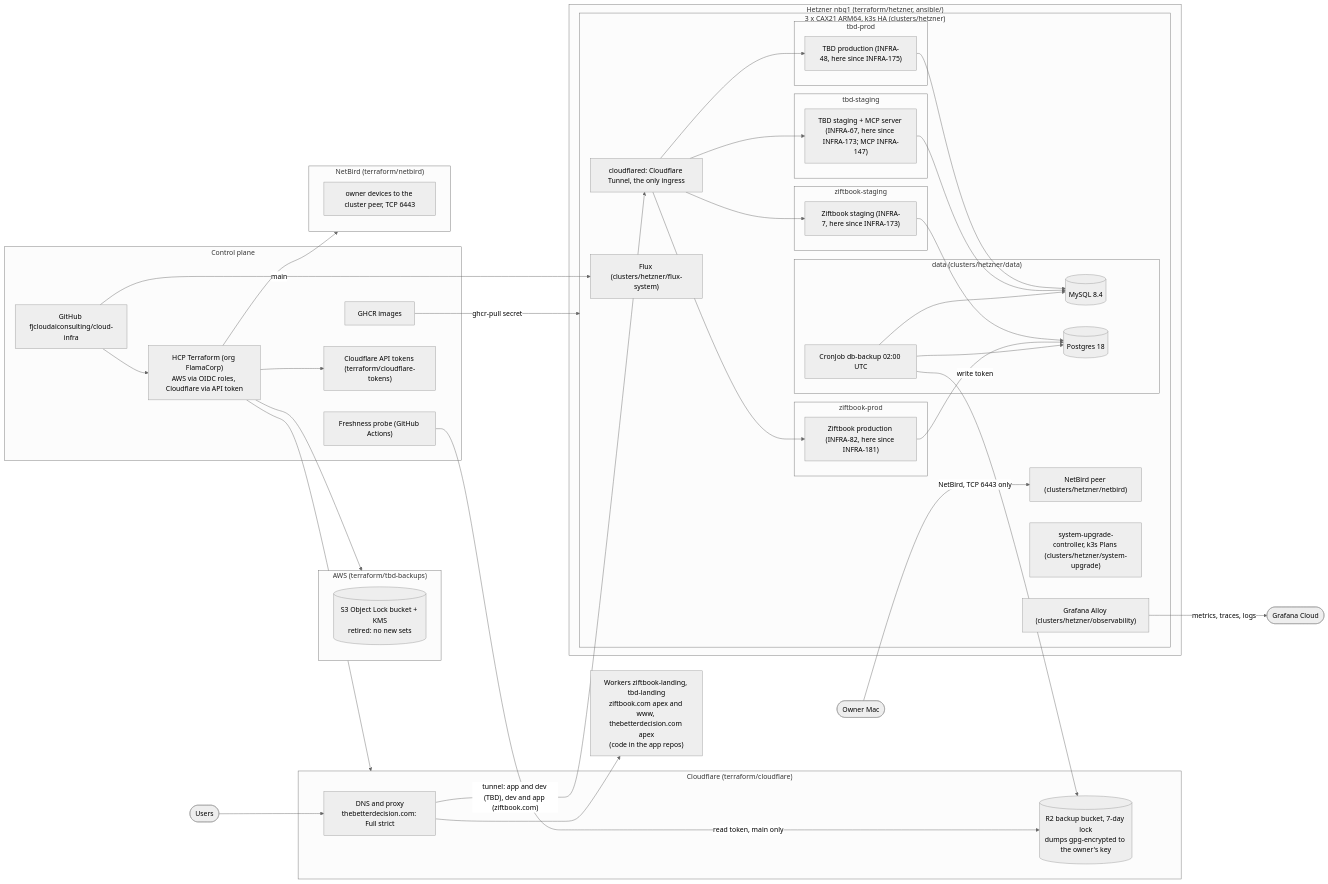
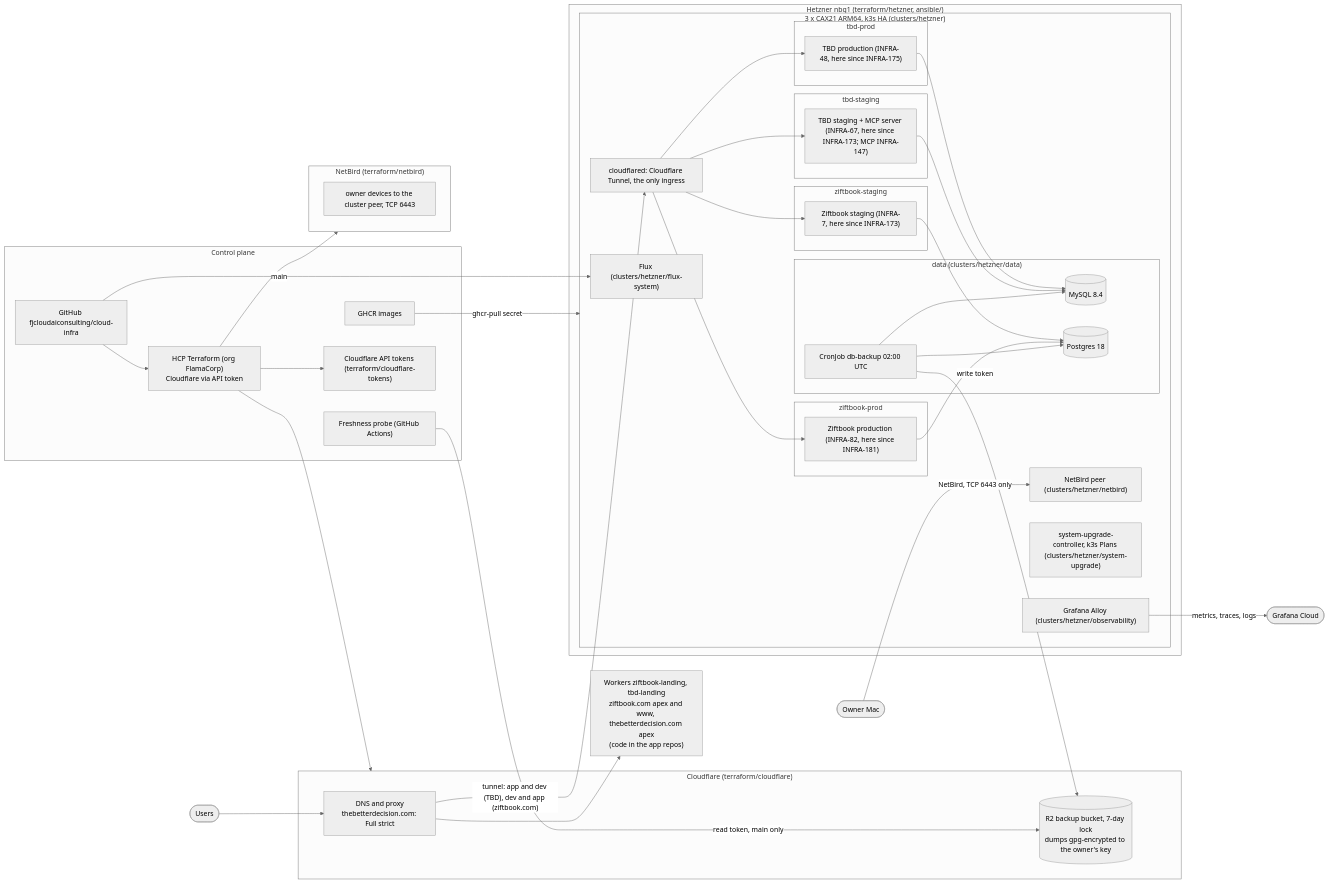
The diagram in docs/architecture.md (fjcloudaiconsulting/cloud-infra), drawn with Mermaid (neutral theme) before and after one commit. The commit also changed other lines of this file and 30 other files, not shown here.

````diff
--- a/docs/architecture.md
+++ b/docs/architecture.md
@@ -8,64 +8,61 @@
 ```mermaid
 flowchart LR
   user([Users]) --> cf
 
   subgraph cloudflare["Cloudflare (terraform/cloudflare)"]
     cf["DNS and proxy<br/>thebetterdecision.com: Full strict"]
     r2[("R2 backup bucket, 7-day lock<br/>dumps gpg-encrypted to the owner's key")]
   end
   worker["Workers ziftbook-landing, tbd-landing<br/>ziftbook.com apex and www, thebetterdecision.com apex<br/>(code in the app repos)"]
   cf --> worker
 
   subgraph hetzner["Hetzner nbg1 (terraform/hetzner, ansible/)"]
     subgraph hk3s["3 x CAX21 ARM64, k3s HA (clusters/hetzner)"]
       cfd["cloudflared: Cloudflare Tunnel, the only ingress"]
       flux["Flux (clusters/hetzner/flux-system)"]
       netbird["NetBird peer (clusters/hetzner/netbird)"]
       alloy["Grafana Alloy (clusters/hetzner/observability)"]
       suc["system-upgrade-controller, k3s Plans (clusters/hetzner/system-upgrade)"]
       subgraph ns_tbdp["tbd-prod"]
         tbdprod["TBD production (INFRA-48, here since INFRA-175)"]
       end
       subgraph ns_tbds["tbd-staging"]
         tbdstg["TBD staging + MCP server (INFRA-67, here since INFRA-173; MCP INFRA-147)"]
       end
       subgraph ns_zif["ziftbook-staging"]
         zifapp["Ziftbook staging (INFRA-7, here since INFRA-173)"]
       end
       subgraph ns_zifp["ziftbook-prod"]
         zifprod["Ziftbook production (INFRA-82, here since INFRA-181)"]
       end
       subgraph hdata["data (clusters/hetzner/data)"]
         hmysql[("MySQL 8.4")]
         hpostgres[("Postgres 18")]
         hbackup["CronJob db-backup 02:00 UTC"]
       end
     end
   end
   cf -->|"tunnel: app and dev (TBD), dev and app (ziftbook.com)"| cfd --> tbdprod & tbdstg & zifapp & zifprod
   tbdprod & tbdstg --> hmysql
   zifapp & zifprod --> hpostgres
   hbackup --> hmysql & hpostgres
 
-  subgraph aws_backups["AWS (terraform/tbd-backups)"]
-    bucket[("S3 Object Lock bucket + KMS<br/>retired: no new sets")]
-  end
   hbackup -->|"write token"| r2
   alloy -->|"metrics, traces, logs"| grafana(["Grafana Cloud"])
   probe -->|"read token, main only"| r2
 
   subgraph control["Control plane"]
     gh["GitHub fjcloudaiconsulting/cloud-infra"]
-    tfc["HCP Terraform (org FlamaCorp)<br/>AWS via OIDC roles, Cloudflare via API token"]
+    tfc["HCP Terraform (org FlamaCorp)<br/>Cloudflare via API token"]
     ghcr["GHCR images"]
     probe["Freshness probe (GitHub Actions)"]
     cftok["Cloudflare API tokens (terraform/cloudflare-tokens)"]
   end
   subgraph netbird_cloud["NetBird (terraform/netbird)"]
     nbpolicy["owner devices to the cluster peer, TCP 6443"]
   end
-  gh --> tfc --> aws_backups & cloudflare & cftok & netbird_cloud
+  gh --> tfc --> cloudflare & cftok & netbird_cloud
   gh -->|"main"| flux
   ghcr -->|"ghcr-pull secret"| hk3s
   owner([Owner Mac]) -->|"NetBird, TCP 6443 only"| netbird
 ```
````
